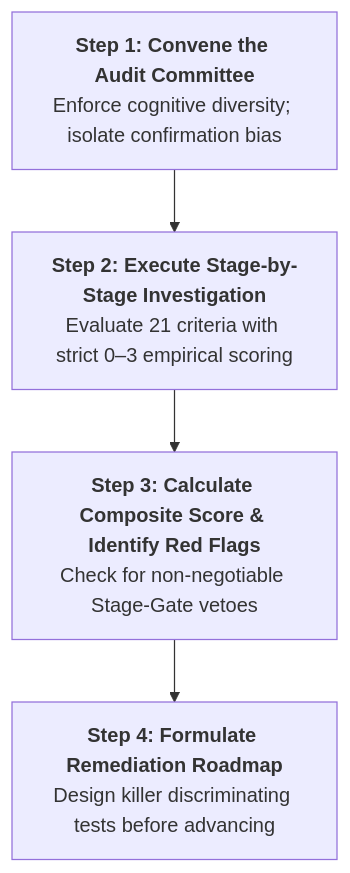
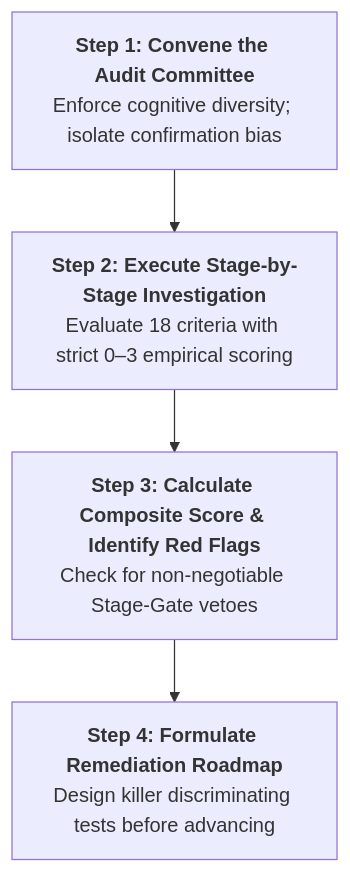
Before and after one commit to nghuyenthevinh2000/innovation-research: the second of 3 diagrams in vite-book/guides/how-to-conduct-stage-gate-audit.md, drawn with Mermaid. The commit also changed other lines of this file and 26 other files, not shown here.

````diff
--- a/vite-book/guides/how-to-conduct-stage-gate-audit.md
+++ b/vite-book/guides/how-to-conduct-stage-gate-audit.md
@@ -35,9 +35,9 @@
 ```mermaid
 flowchart TD
     Step1["<b>Step 1: Convene the Audit Committee</b><br/>Enforce cognitive diversity; isolate confirmation bias"]
-    Step2["<b>Step 2: Execute Stage-by-Stage Investigation</b><br/>Evaluate 21 criteria with strict 0–3 empirical scoring"]
+    Step2["<b>Step 2: Execute Stage-by-Stage Investigation</b><br/>Evaluate 18 criteria with strict 0–3 empirical scoring"]
     Step3["<b>Step 3: Calculate Composite Score & Identify Red Flags</b><br/>Check for non-negotiable Stage-Gate vetoes"]
     Step4["<b>Step 4: Formulate Remediation Roadmap</b><br/>Design killer discriminating tests before advancing"]
 
     Step1 --> Step2 --> Step3 --> Step4
 ```
````
